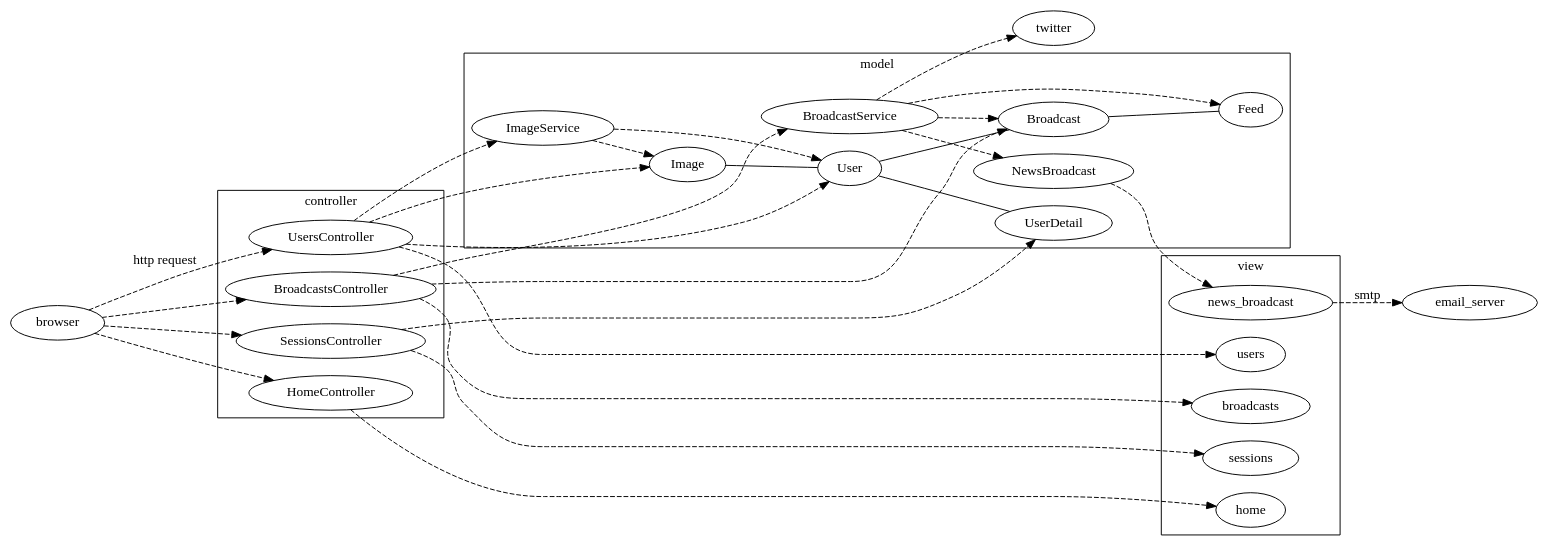
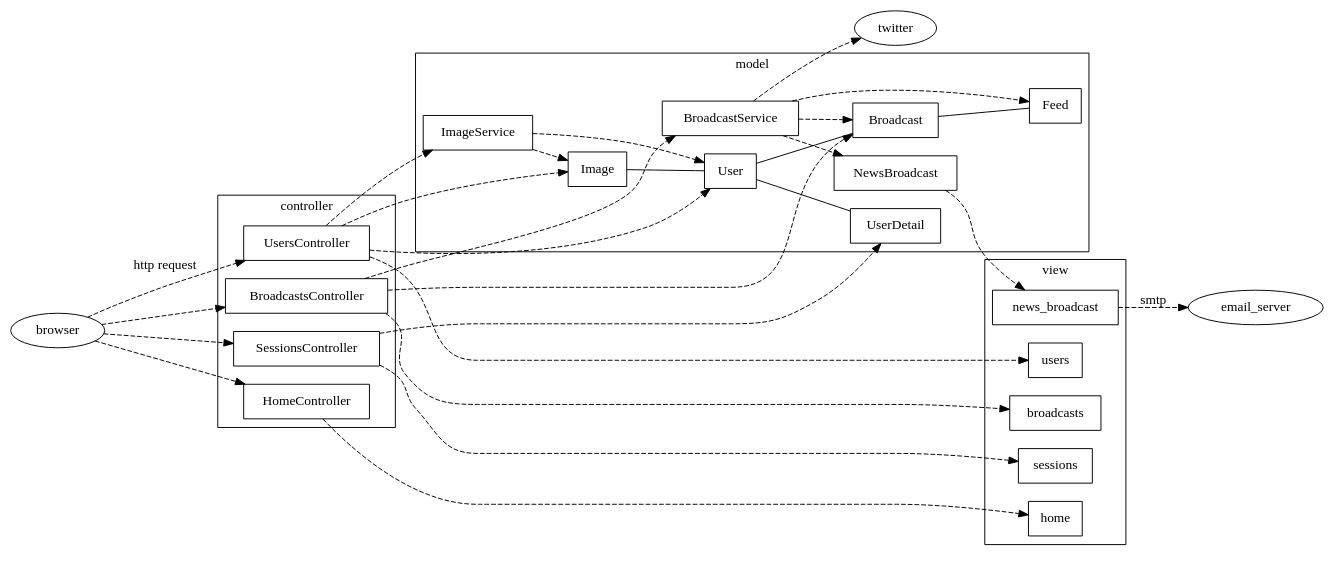
The diagram in doc/img/server-uml-class.gv (SoftlySplinter/se31520-assign1), drawn with Graphviz before and after one commit. The commit also changed 7 other files, not shown here.

Commit message:
Issue #13: Added Client UML Class Diagram.

```diff
--- a/doc/img/server-uml-class.gv
+++ b/doc/img/server-uml-class.gv
@@ -1,99 +1,101 @@
 digraph D { 
   rankdir=LR;
 
+  node[shape=record]
   BroadcastsController;
   UsersController;
   SessionsController;
   HomeController;
 
   BroadcastService;
   Broadcast;
   Feed;
   ImageService;
   Image;
   User;
   UserDetail;
   NewsBroadcast;
 
   home;
   broadcasts;
   sessions;
   users;
   news_broadcast;
 
+  node[shape=ellipse]
   browser;
   twitter;
   email_server;
 
   subgraph cluster_0 {
     label="controller";
     color=black;
 
     BroadcastsController;
     UsersController;
     SessionsController;
     HomeController;
   }
 
   subgraph cluster_1 {
     label="model";
     color=black;
     
     BroadcastService;
     Broadcast;
     Feed;
     ImageService;
     Image;
     User;
     UserDetail;
     NewsBroadcast;
   }
 
   subgraph cluster_2 {
     label="view";
     color=black;
 
     home;
     broadcasts;
     sessions;
     users;
     news_broadcast;
   }
 
 
   edge[style="dashed"]
   browser -> UsersController[label="http request"];
   browser -> BroadcastsController;
   browser -> SessionsController;
   browser -> HomeController;
 
   BroadcastsController -> BroadcastService;
   BroadcastsController -> Broadcast;
   BroadcastService -> twitter;
   BroadcastService -> Feed;
   BroadcastService -> Broadcast;
   BroadcastService -> NewsBroadcast;
 
   UsersController -> ImageService;
   UsersController -> User;
   UsersController -> Image;
   ImageService -> User;
   ImageService -> Image;
 
   SessionsController -> UserDetail;
 
   HomeController -> home;
   BroadcastsController -> broadcasts;
   SessionsController -> sessions;
   UsersController -> users;
   NewsBroadcast -> news_broadcast;
 
   news_broadcast -> email_server[label="smtp"];
 
 
   edge[style="solid", arrowhead="none"]
   Image -> User;
   User -> Broadcast;
   User -> UserDetail;
   Broadcast -> Feed;
 }
```
